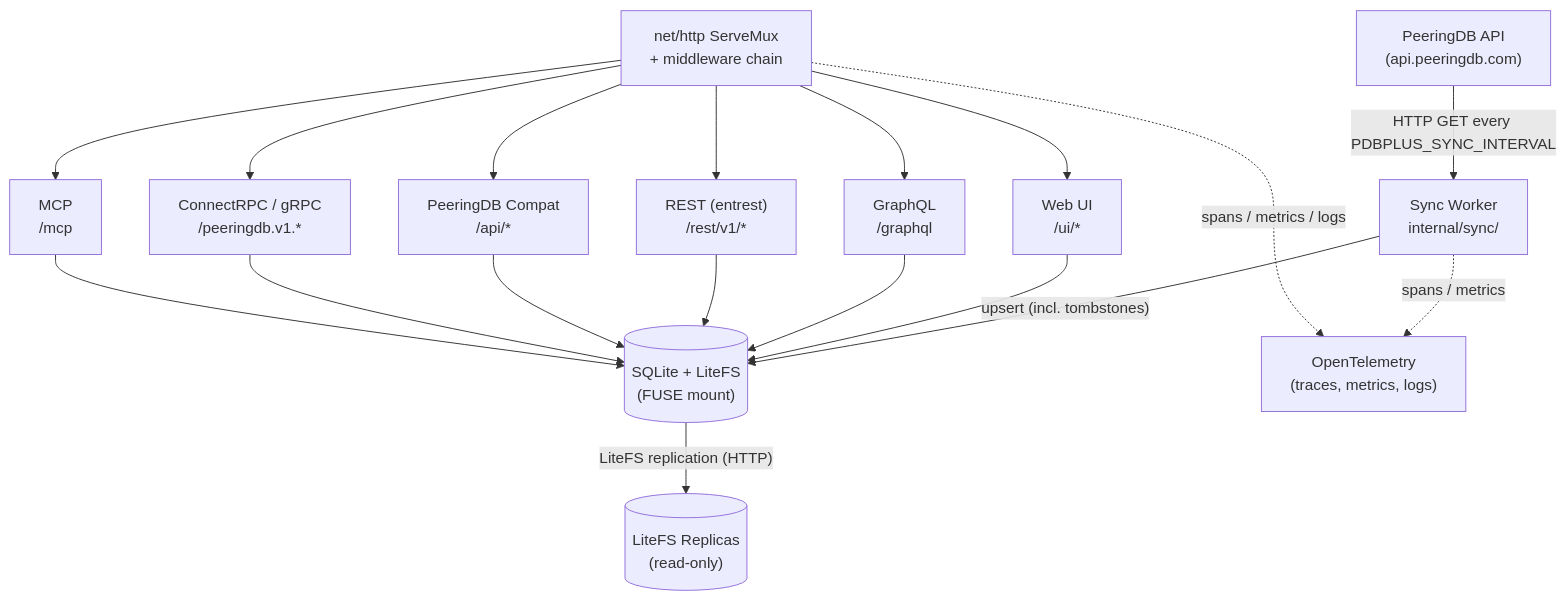
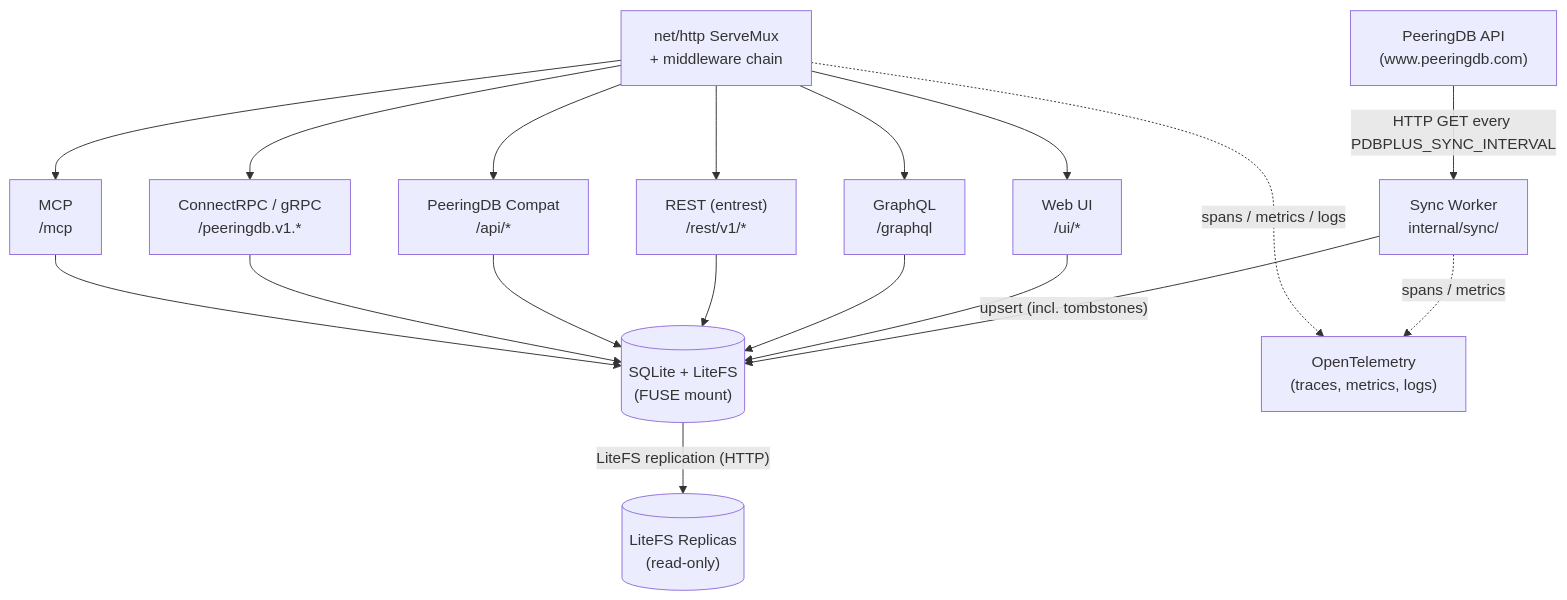
The first of 2 diagrams in docs/ARCHITECTURE.md (dotwaffle/peeringdb-plus), drawn with Mermaid before and after one commit. The commit also changed other lines of this file and 6 other files, not shown here.

````diff
--- a/docs/ARCHITECTURE.md
+++ b/docs/ARCHITECTURE.md
@@ -22,33 +22,33 @@
 ```mermaid
 graph TD
-    PDB["PeeringDB API<br/>(api.peeringdb.com)"]
+    PDB["PeeringDB API<br/>(www.peeringdb.com)"]
     W["Sync Worker<br/>internal/sync/"]
     DB[("SQLite + LiteFS<br/>(FUSE mount)")]
     REP[("LiteFS Replicas<br/>(read-only)")]
     MUX["net/http ServeMux<br/>+ middleware chain"]
     WEB["Web UI<br/>/ui/*"]
     GQL["GraphQL<br/>/graphql"]
     REST["REST (entrest)<br/>/rest/v1/*"]
     COMPAT["PeeringDB Compat<br/>/api/*"]
     RPC["ConnectRPC / gRPC<br/>/peeringdb.v1.*"]
     MCP["MCP<br/>/mcp"]
     OTEL["OpenTelemetry<br/>(traces, metrics, logs)"]
 
     PDB -->|"HTTP GET every PDBPLUS_SYNC_INTERVAL"| W
     W -->|"upsert (incl. tombstones)"| DB
     DB -->|"LiteFS replication (HTTP)"| REP
     MUX --> WEB
     MUX --> GQL
     MUX --> REST
     MUX --> COMPAT
     MUX --> RPC
     MUX --> MCP
     WEB --> DB
     GQL --> DB
     REST --> DB
     COMPAT --> DB
     RPC --> DB
     MCP --> DB
     W -.->|"spans / metrics"| OTEL
     MUX -.->|"spans / metrics / logs"| OTEL
 ```
````
